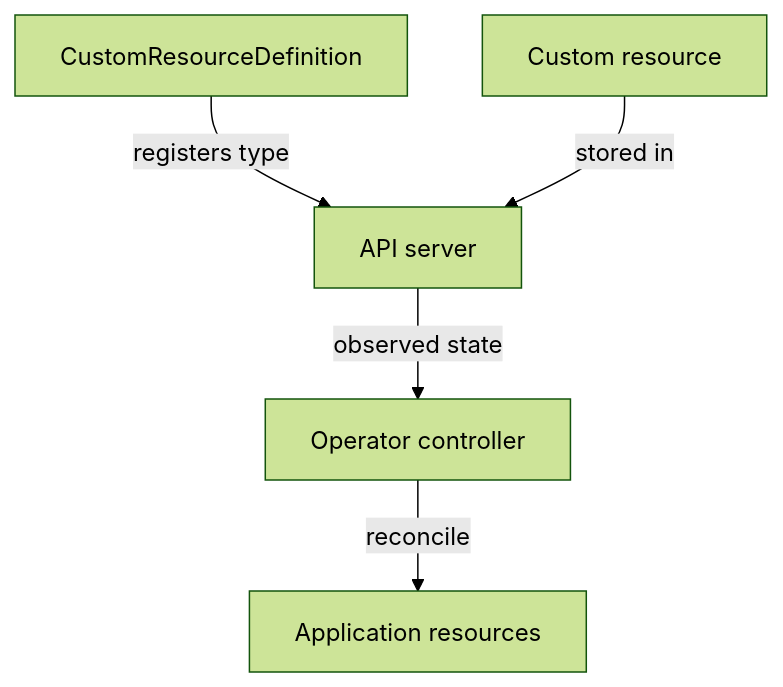
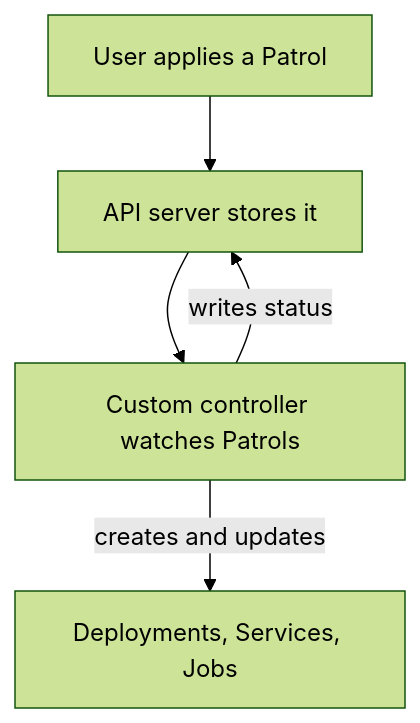
Before and after one commit to astrona-io/ATS037: the diagram in sections/section-020/module-03/course-02-custom-resources-and-operators.md, drawn with Mermaid (forest theme). The commit also changed other lines of this file and 332 other files, not shown here.

````diff
--- a/sections/section-020/module-03/course-02-custom-resources-and-operators.md
+++ b/sections/section-020/module-03/course-02-custom-resources-and-operators.md
@@ -12,7 +98,7 @@
 ```mermaid
 flowchart TB
-    D["CustomResourceDefinition"] -->|"registers type"| A["API server"]
-    U["Custom resource"] -->|"stored in"| A
-    A -->|"observed state"| C["Operator controller"]
-    C -->|"reconcile"| W["Application resources"]
+    U["User applies a Patrol"] --> API["API server stores it"]
+    API --> C["Custom controller watches Patrols"]
+    C -->|"creates and updates"| W["Deployments, Services, Jobs"]
+    C -->|"writes status"| API
 ```
````
